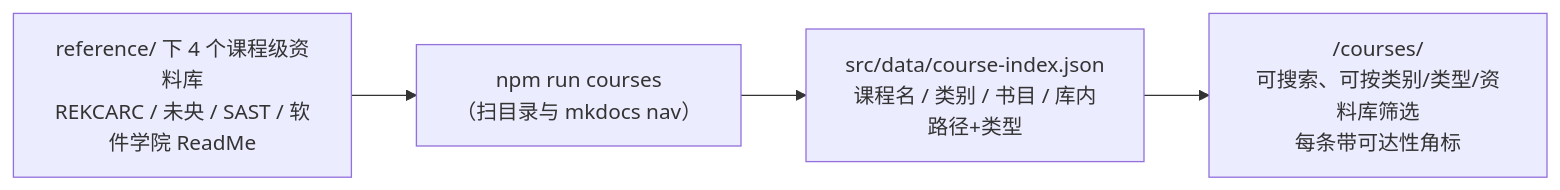
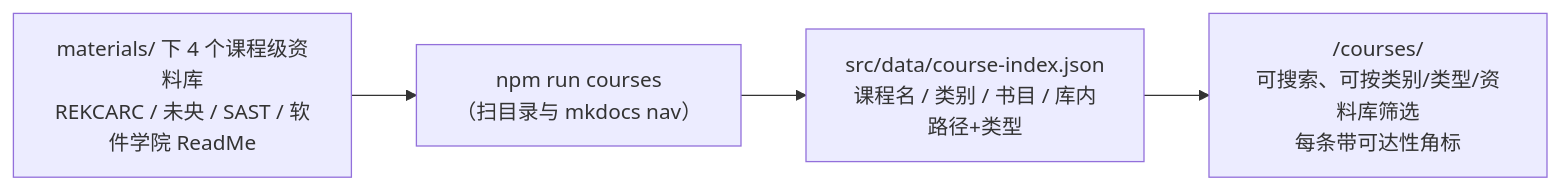
Before and after one commit to nathanpenny520/TsinghuaSurvive: the second of 2 diagrams in README.md, drawn with Mermaid. The commit also changed other lines of this file and 5 other files, not shown here.

First line of the commit message:
chore(materials): 资料库从 reference/ 迁移到 materials/，同步脚本与文档

````diff
--- a/README.md
+++ b/README.md
@@ -152,6 +153,6 @@
 ```mermaid
 flowchart LR
-  R["reference/ 下 4 个课程级资料库<br/>REKCARC / 未央 / SAST / 软件学院 ReadMe"] --> S["npm run courses<br/>（扫目录与 mkdocs nav）"]
+  R["materials/ 下 4 个课程级资料库<br/>REKCARC / 未央 / SAST / 软件学院 ReadMe"] --> S["npm run courses<br/>（扫目录与 mkdocs nav）"]
   S --> J["src/data/course-index.json<br/>课程名 / 类别 / 书目 / 库内路径+类型"]
   J --> P["/courses/<br/>可搜索、可按类别/类型/资料库筛选<br/>每条带可达性角标"]
 ```
````
